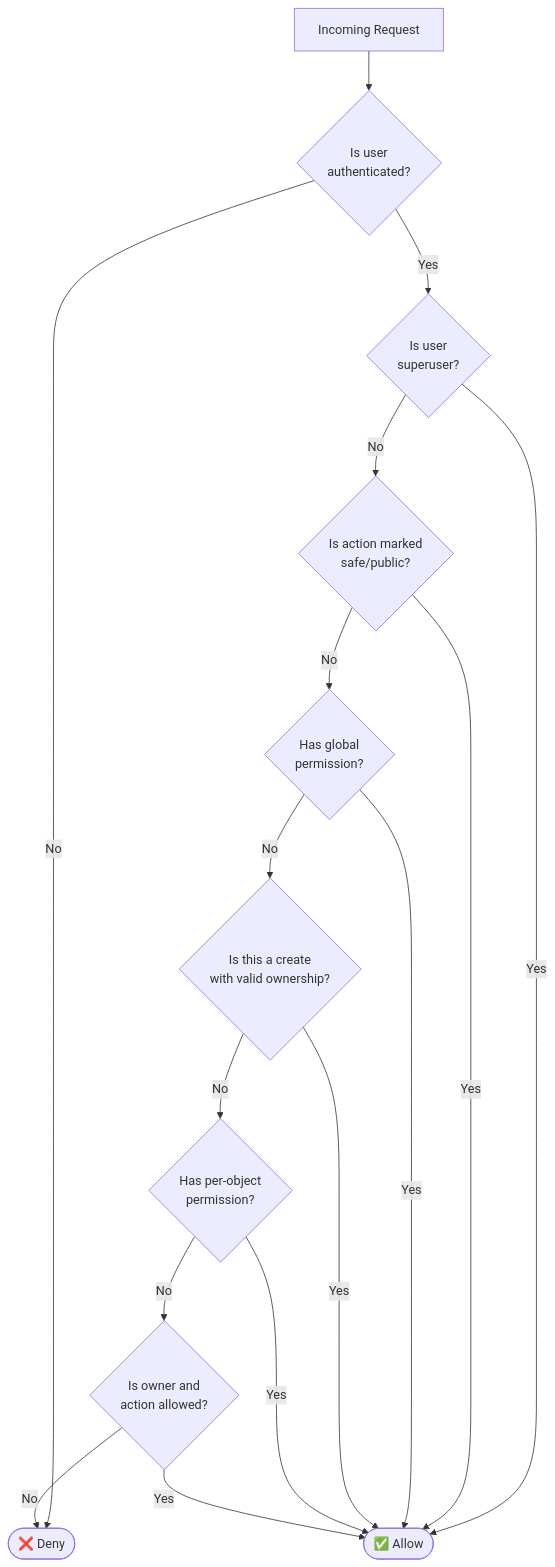
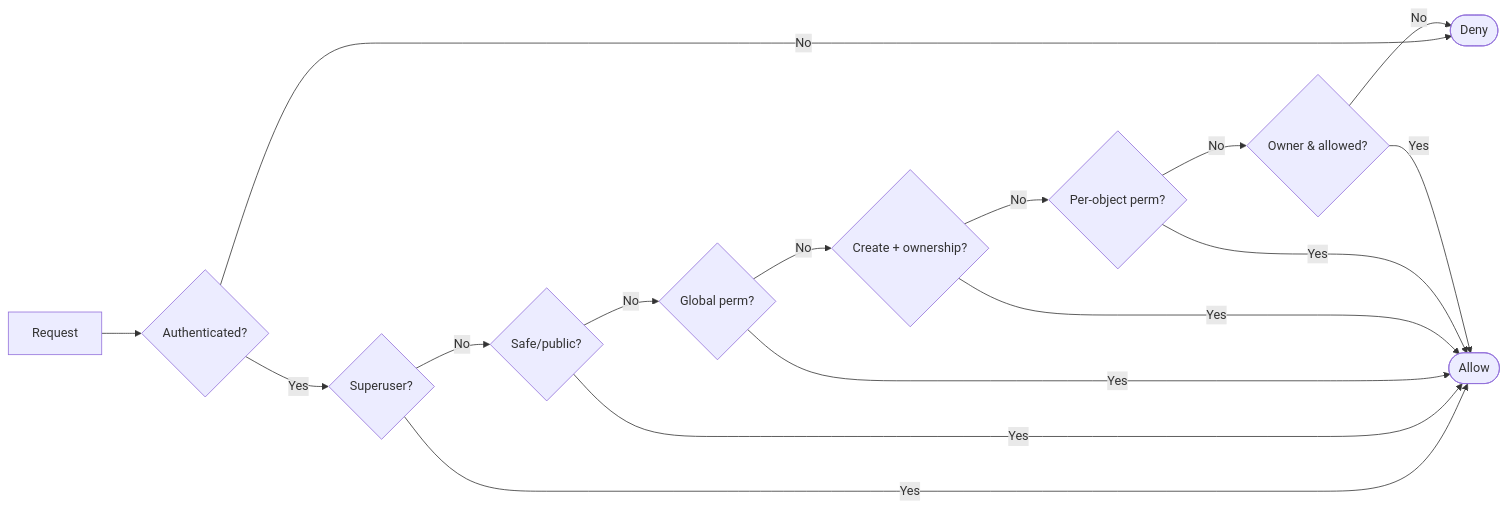
Before and after one commit to imprashant98/django_user_permission: the diagram in README.md, drawn with Mermaid.

Commit message:
flow chart made horizontal

````diff
--- a/README.md
+++ b/README.md
@@ -182,18 +182,18 @@
 ```mermaid
-flowchart TD
-    A[Incoming Request] --> B{Is user<br>authenticated?}
-    B -->|No| DENY([❌ Deny])
-    B -->|Yes| C{Is user<br>superuser?}
-    C -->|Yes| ALLOW([✅ Allow])
-    C -->|No| D{Is action marked<br>safe/public?}
+flowchart LR
+    A[Request] --> B{Authenticated?}
+    B -->|No| DENY([Deny])
+    B -->|Yes| C{Superuser?}
+    C -->|Yes| ALLOW([Allow])
+    C -->|No| D{Safe/public?}
     D -->|Yes| ALLOW
-    D -->|No| E{Has global<br>permission?}
+    D -->|No| E{Global perm?}
     E -->|Yes| ALLOW
-    E -->|No| F{Is this a create<br>with valid ownership?}
+    E -->|No| F{Create + ownership?}
     F -->|Yes| ALLOW
-    F -->|No| G{Has per‑object<br>permission?}
+    F -->|No| G{Per‑object perm?}
     G -->|Yes| ALLOW
-    G -->|No| H{Is owner and<br>action allowed?}
+    G -->|No| H{Owner & allowed?}
     H -->|Yes| ALLOW
     H -->|No| DENY
 ```
````
